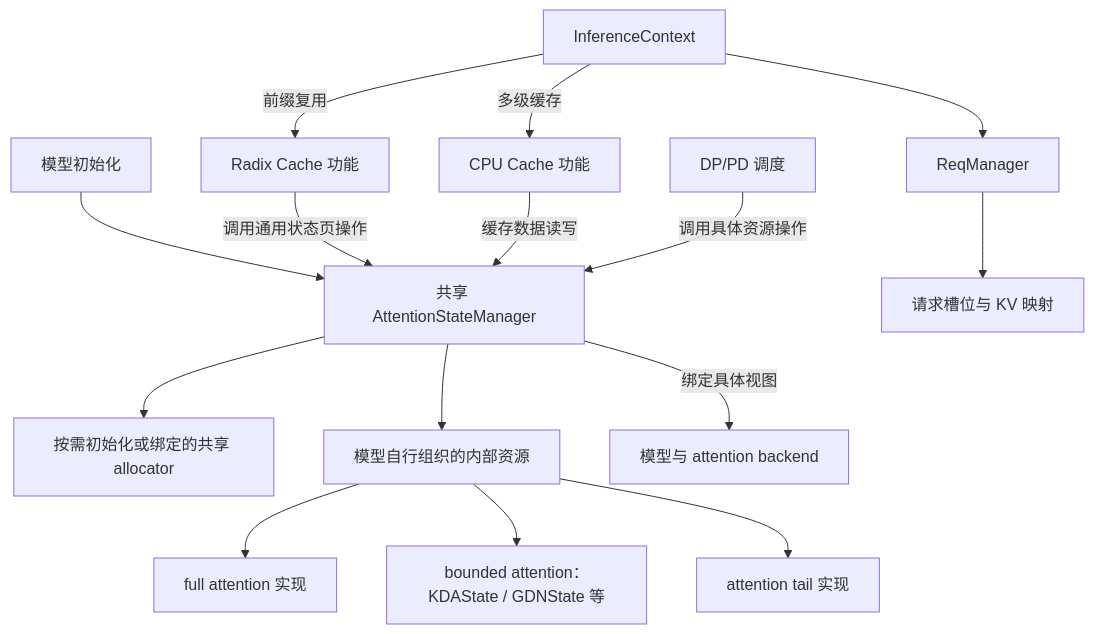
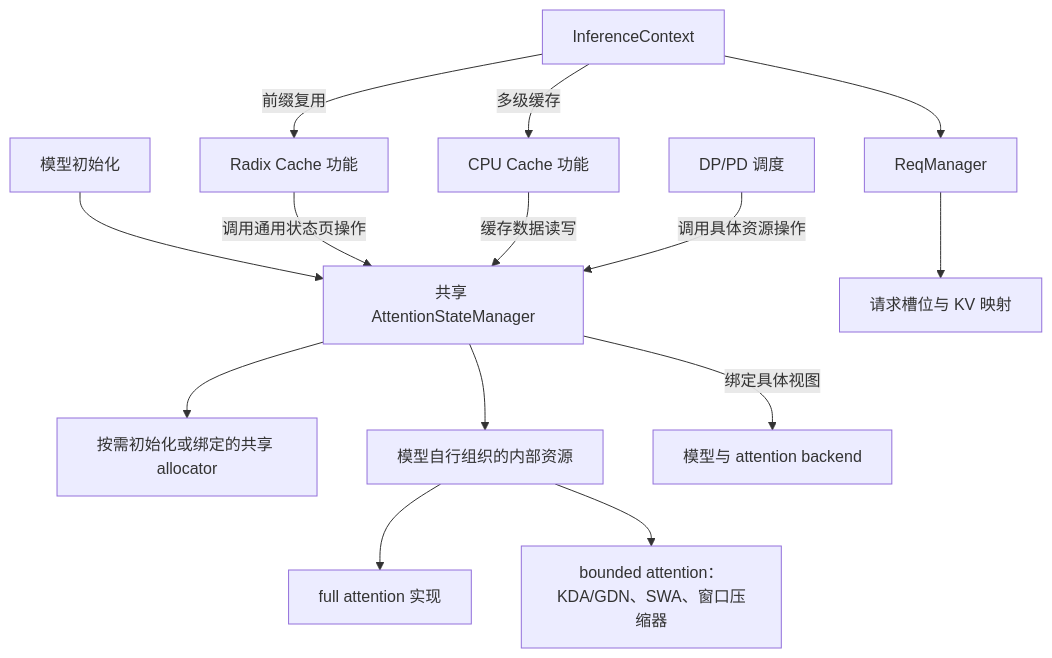
The first of 2 diagrams in docs/cache_manager_design.md (ModelTC/LightLLM), drawn with Mermaid before and after one commit. The commit also changed other lines of this file and 51 other files, not shown here.

````diff
--- a/docs/cache_manager_design.md
+++ b/docs/cache_manager_design.md
@@ -77,17 +77,16 @@
 ```mermaid
 flowchart TD
     Model[模型初始化] --> Concrete[共享 AttentionStateManager]
     Context[InferenceContext] --> Req[ReqManager]
     Req --> Slots[请求槽位与 KV 映射]
     Context -->|前缀复用| Radix[Radix Cache 功能]
     Context -->|多级缓存| CPU[CPU Cache 功能]
     Radix -->|调用通用状态页操作| Concrete
     CPU -->|缓存数据读写| Concrete
     Concrete --> Alloc[按需初始化或绑定的共享 allocator]
     Concrete --> Internal[模型自行组织的内部资源]
     Internal --> Full[full attention 实现]
-    Internal --> Bounded[bounded attention：KDAState / GDNState 等]
-    Internal --> Indexer[attention tail 实现]
+    Internal --> Bounded[bounded attention：KDA/GDN、SWA、窗口压缩器]
     Concrete -->|绑定具体视图| Forward[模型与 attention backend]
     Transport[DP/PD 调度] -->|调用具体资源操作| Concrete
 ```
````
